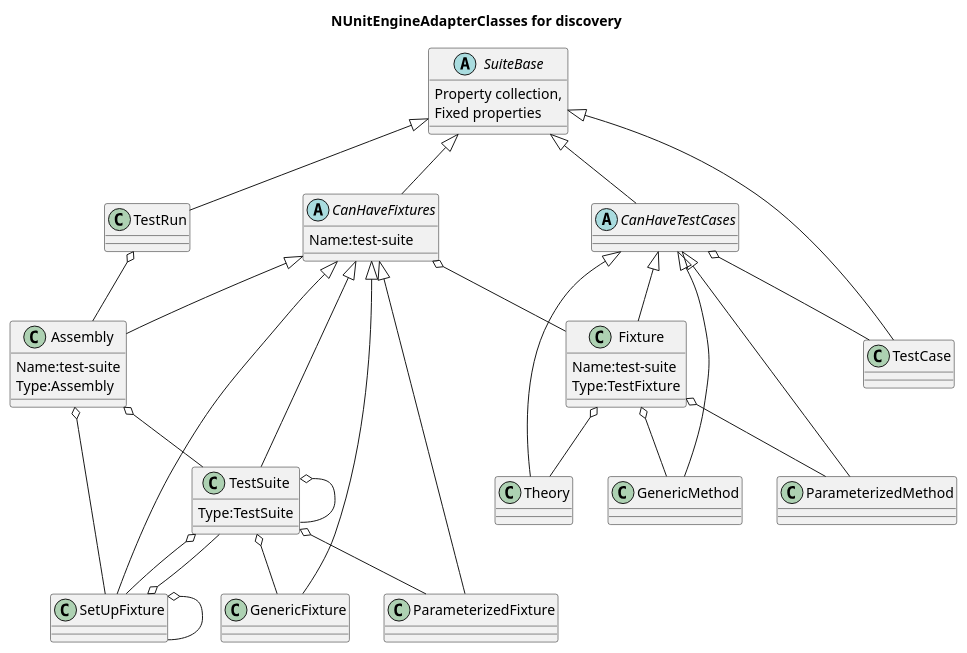
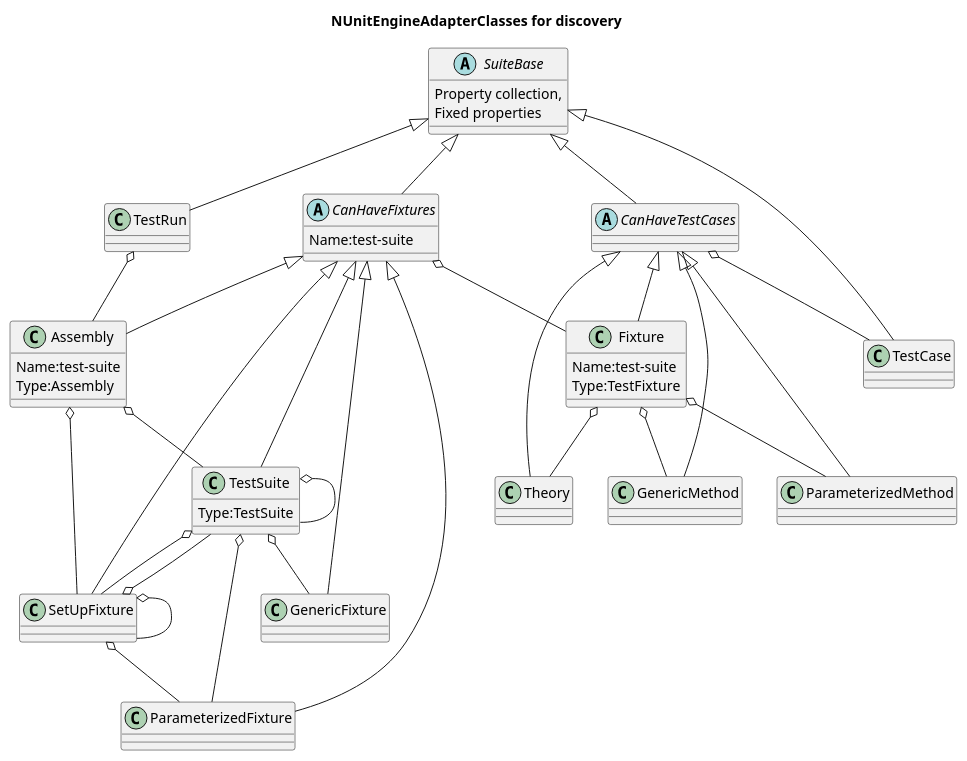
One commit to nunit/nunit3-vs-adapter changed the diagram in src/NUnitTestAdapter/NUnitEngine/EngineAdapterClasses.plantuml. Above: the diagram before and after it, drawn with PlantUML. The commit also changed 3 other files, not shown here.

```diff
--- a/src/NUnitTestAdapter/NUnitEngine/EngineAdapterClasses.plantuml
+++ b/src/NUnitTestAdapter/NUnitEngine/EngineAdapterClasses.plantuml
@@ -1,62 +1,63 @@
 @startuml
 title NUnitEngineAdapterClasses for discovery
    CanHaveFixtures <|-- TestSuite
    SuiteBase <|-- CanHaveTestCases
    SuiteBase <|-- CanHaveFixtures
    SuiteBase <|-- TestRun
    CanHaveTestCases <|-- Fixture
    SuiteBase <|-- TestCase
    CanHaveTestCases <|-- ParameterizedMethod
    CanHaveFixtures <|-- GenericFixture
    CanHaveFixtures <|-- SetUpFixture
    CanHaveTestCases <|-- Theory
    TestSuite o-- GenericFixture
    TestSuite o-- TestSuite
    Fixture o-- ParameterizedMethod
    CanHaveTestCases o-- TestCase
    CanHaveFixtures o-- Fixture
    CanHaveFixtures <|-- ParameterizedFixture
    CanHaveFixtures <|-- Assembly
    TestSuite o-- ParameterizedFixture
    TestSuite o-- SetUpFixture
    Assembly o-- TestSuite
    Assembly o-- SetUpFixture
    Fixture o-- Theory
    Fixture o-- GenericMethod
    CanHaveTestCases <|-- GenericMethod
    TestRun o-- Assembly
    SetUpFixture o-- TestSuite
    SetUpFixture o-- SetUpFixture
+   SetUpFixture o-- ParameterizedFixture
    
 abstract class SuiteBase {
    Property collection,
    Fixed properties
 }
 
 abstract class CanHaveTestCases {
    
 
 }
 
 abstract class CanHaveFixtures {
    Name:test-suite
 }
 
 class Assembly
 {
    Name:test-suite
    Type:Assembly
 }
 
 class TestSuite{
    Type:TestSuite
 }
 
 class Fixture{
    Name:test-suite
    Type:TestFixture
 }
 
 
    
 @enduml
```
